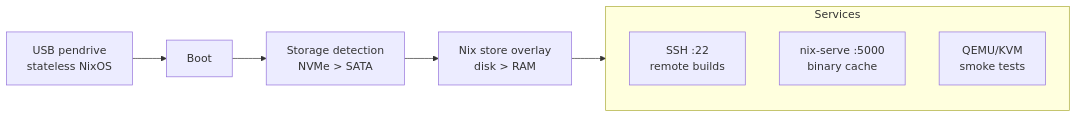
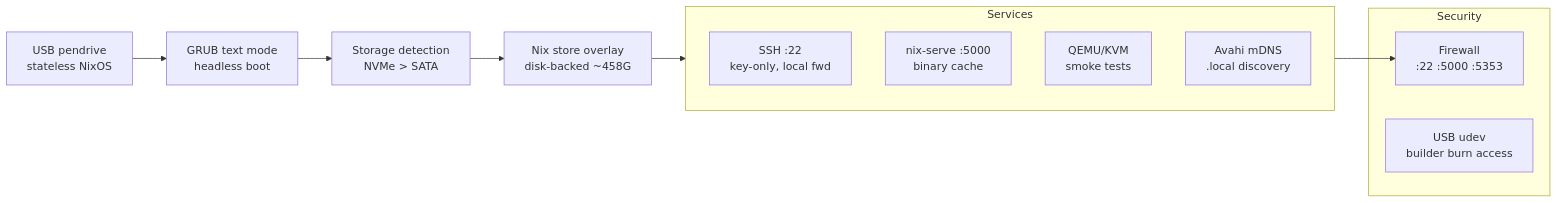
Before and after one commit to pr0d1r2/nixos-nix-builder: the first of 5 diagrams in README.md, drawn with Mermaid. The commit also changed 1 other file, not shown here.

Commit message:
Update system architecture diagram
Add GRUB text mode, Avahi mDNS, firewall, USB udev permissions,
disk-backed overlay capacity.

````diff
--- a/README.md
+++ b/README.md
@@ -50,13 +50,21 @@
 ```mermaid
 graph LR
-    USB[USB pendrive<br>stateless NixOS] --> Boot
-    Boot --> Storage[Storage detection<br>NVMe > SATA]
-    Storage --> Overlay[Nix store overlay<br>disk > RAM]
+    USB[USB pendrive<br>stateless NixOS] --> GRUB[GRUB text mode<br>headless boot]
+    GRUB --> Storage[Storage detection<br>NVMe > SATA]
+    Storage --> Overlay[Nix store overlay<br>disk-backed ~458G]
     Overlay --> Services
 
     subgraph Services
-        SSH[SSH :22<br>remote builds]
+        SSH[SSH :22<br>key-only, local fwd]
         Cache[nix-serve :5000<br>binary cache]
         QEMU[QEMU/KVM<br>smoke tests]
+        Avahi[Avahi mDNS<br>.local discovery]
     end
+
+    subgraph Security
+        FW[Firewall<br>:22 :5000 :5353]
+        Udev[USB udev<br>builder burn access]
+    end
+
+    Services --> FW
 ```
````
